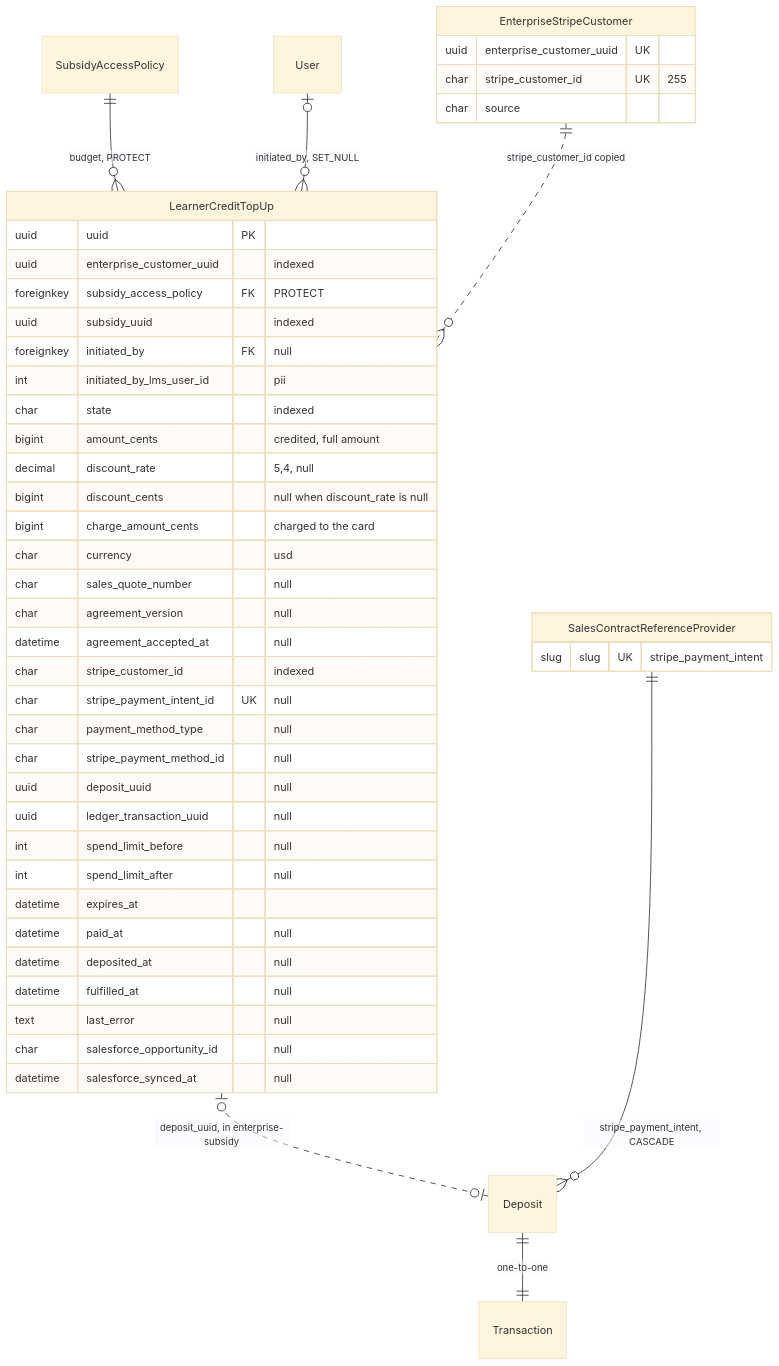
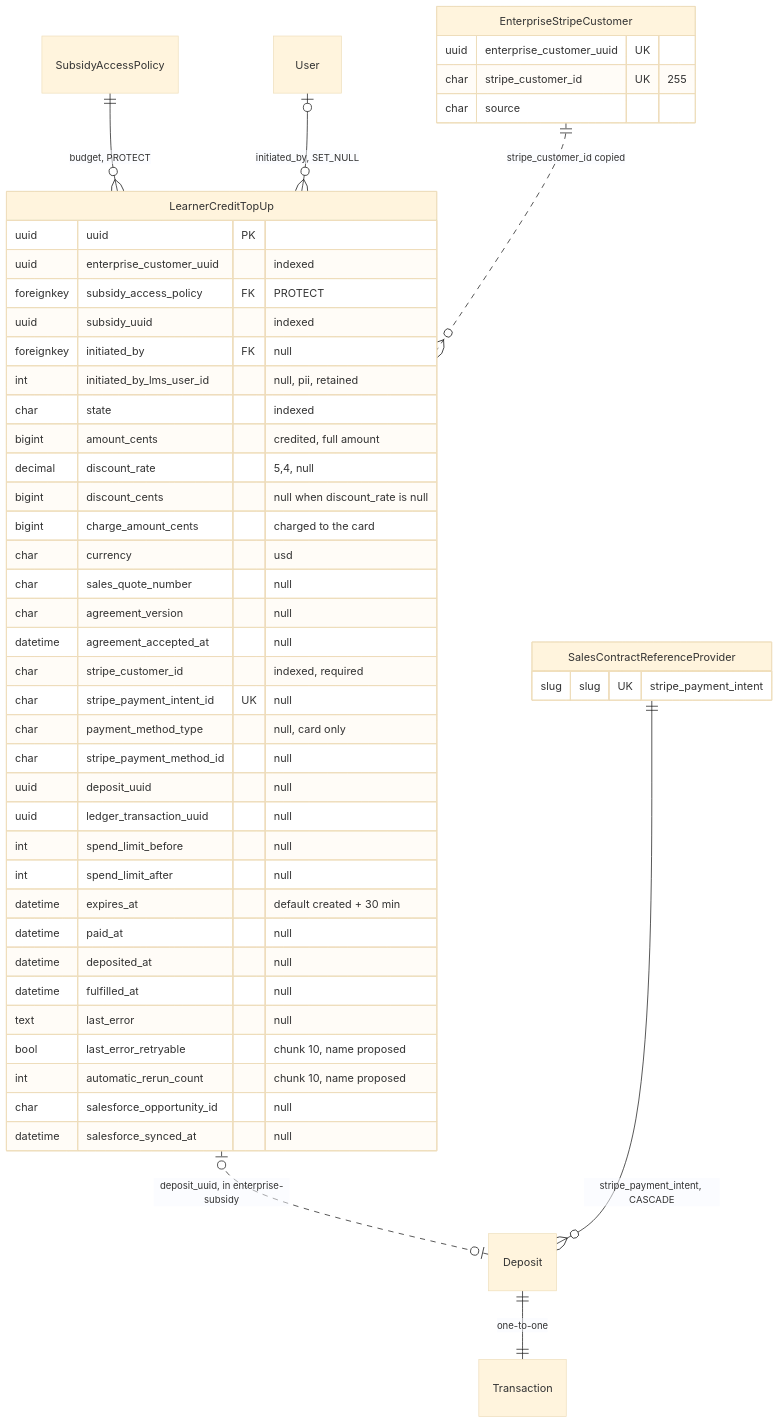
Before and after one commit to edx/enterprise-access: the second of 3 diagrams in docs/plans/impl-plan.md, drawn with Mermaid (base theme). The commit also changed other lines of this file and 1 other file, not shown here.

````diff
--- a/docs/plans/impl-plan.md
+++ b/docs/plans/impl-plan.md
@@ -603,50 +689,52 @@
 ```mermaid
 erDiagram
     SubsidyAccessPolicy ||--o{ LearnerCreditTopUp : "budget, PROTECT"
     User |o--o{ LearnerCreditTopUp : "initiated_by, SET_NULL"
     EnterpriseStripeCustomer ||..o{ LearnerCreditTopUp : "stripe_customer_id copied"
     LearnerCreditTopUp |o..o| Deposit : "deposit_uuid, in enterprise-subsidy"
     Deposit ||--|| Transaction : "one-to-one"
     SalesContractReferenceProvider ||--o{ Deposit : "stripe_payment_intent, CASCADE"
 
     LearnerCreditTopUp {
         uuid uuid PK
         uuid enterprise_customer_uuid "indexed"
         foreignkey subsidy_access_policy FK "PROTECT"
         uuid subsidy_uuid "indexed"
         foreignkey initiated_by FK "null"
-        int initiated_by_lms_user_id "pii"
+        int initiated_by_lms_user_id "null, pii, retained"
         char state "indexed"
         bigint amount_cents "credited, full amount"
         decimal discount_rate "5,4, null"
         bigint discount_cents "null when discount_rate is null"
         bigint charge_amount_cents "charged to the card"
         char currency "usd"
         char sales_quote_number "null"
         char agreement_version "null"
         datetime agreement_accepted_at "null"
-        char stripe_customer_id "indexed"
+        char stripe_customer_id "indexed, required"
         char stripe_payment_intent_id UK "null"
-        char payment_method_type "null"
+        char payment_method_type "null, card only"
         char stripe_payment_method_id "null"
         uuid deposit_uuid "null"
         uuid ledger_transaction_uuid "null"
         int spend_limit_before "null"
         int spend_limit_after "null"
-        datetime expires_at
+        datetime expires_at "default created + 30 min"
         datetime paid_at "null"
         datetime deposited_at "null"
         datetime fulfilled_at "null"
         text last_error "null"
+        bool last_error_retryable "chunk 10, name proposed"
+        int automatic_rerun_count "chunk 10, name proposed"
         char salesforce_opportunity_id "null"
         datetime salesforce_synced_at "null"
     }
     EnterpriseStripeCustomer {
         uuid enterprise_customer_uuid UK
         char stripe_customer_id UK "255"
         char source
     }
     SalesContractReferenceProvider {
         slug slug UK "stripe_payment_intent"
     }
 ```
````
